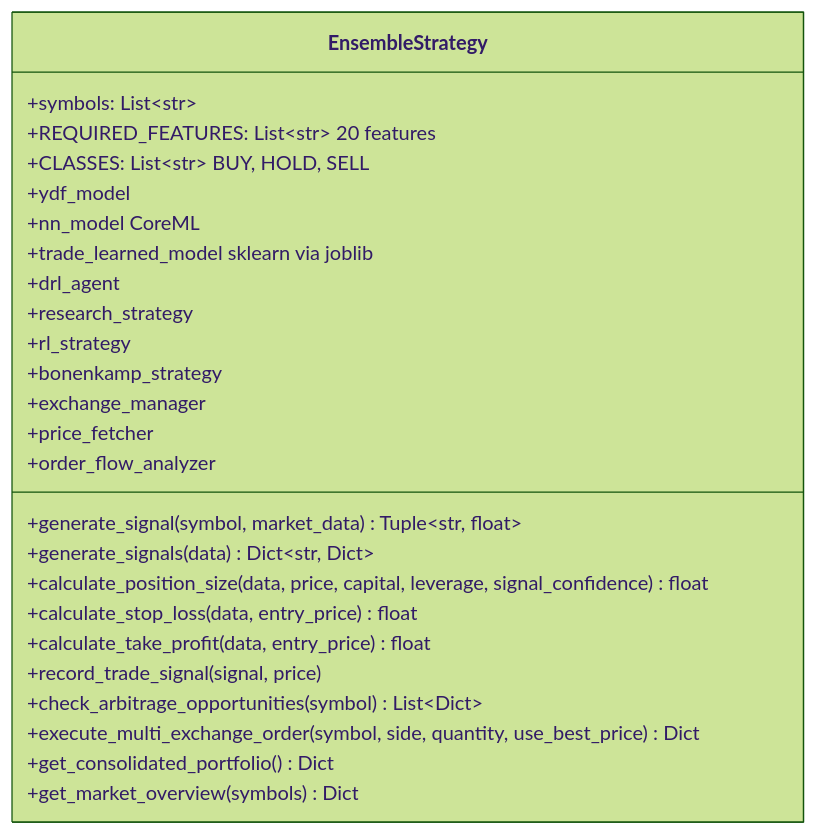
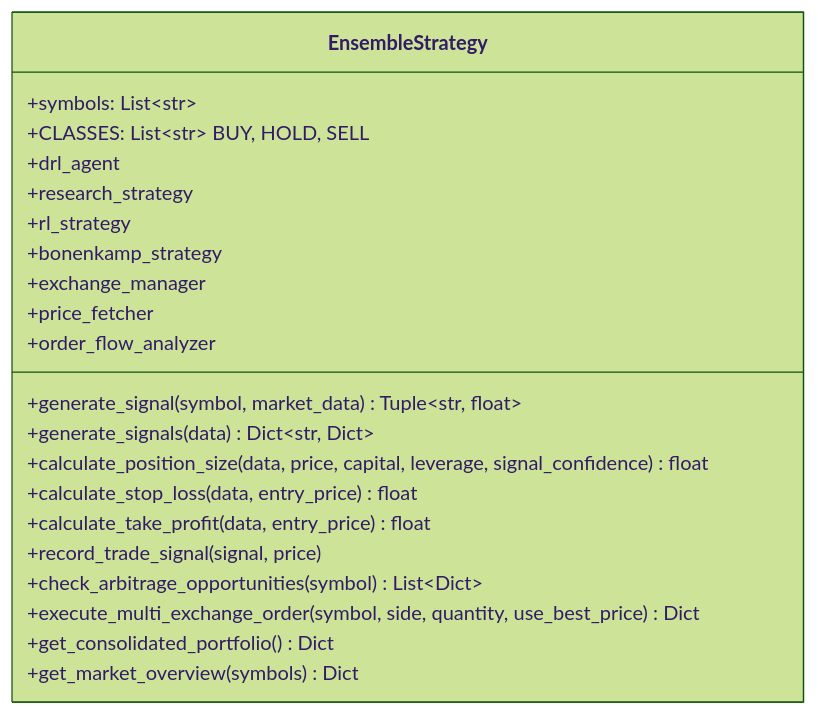
One commit to cluster2600/ELVIS changed the third of 9 diagrams in docs/trading_system.md. Above: the diagram before and after it, drawn with Mermaid (forest theme). The commit also changed other lines of this file and 180 other files, not shown here.

First line of the commit message:
Codex/elvis architecture migration (#51)

````diff
--- a/docs/trading_system.md
+++ b/docs/trading_system.md
@@ -127,28 +127,24 @@
 ```mermaid
 classDiagram
     class EnsembleStrategy {
         +symbols: List~str~
-        +REQUIRED_FEATURES: List~str~  20 features
         +CLASSES: List~str~  BUY, HOLD, SELL
-        +ydf_model
-        +nn_model  CoreML
-        +trade_learned_model  sklearn via joblib
         +drl_agent
         +research_strategy
         +rl_strategy
         +bonenkamp_strategy
         +exchange_manager
         +price_fetcher
         +order_flow_analyzer
         +generate_signal(symbol, market_data) Tuple~str, float~
         +generate_signals(data) Dict~str, Dict~
         +calculate_position_size(data, price, capital, leverage, signal_confidence) float
         +calculate_stop_loss(data, entry_price) float
         +calculate_take_profit(data, entry_price) float
         +record_trade_signal(signal, price)
         +check_arbitrage_opportunities(symbol) List~Dict~
         +execute_multi_exchange_order(symbol, side, quantity, use_best_price) Dict
         +get_consolidated_portfolio() Dict
         +get_market_overview(symbols) Dict
     }
 ```
````
